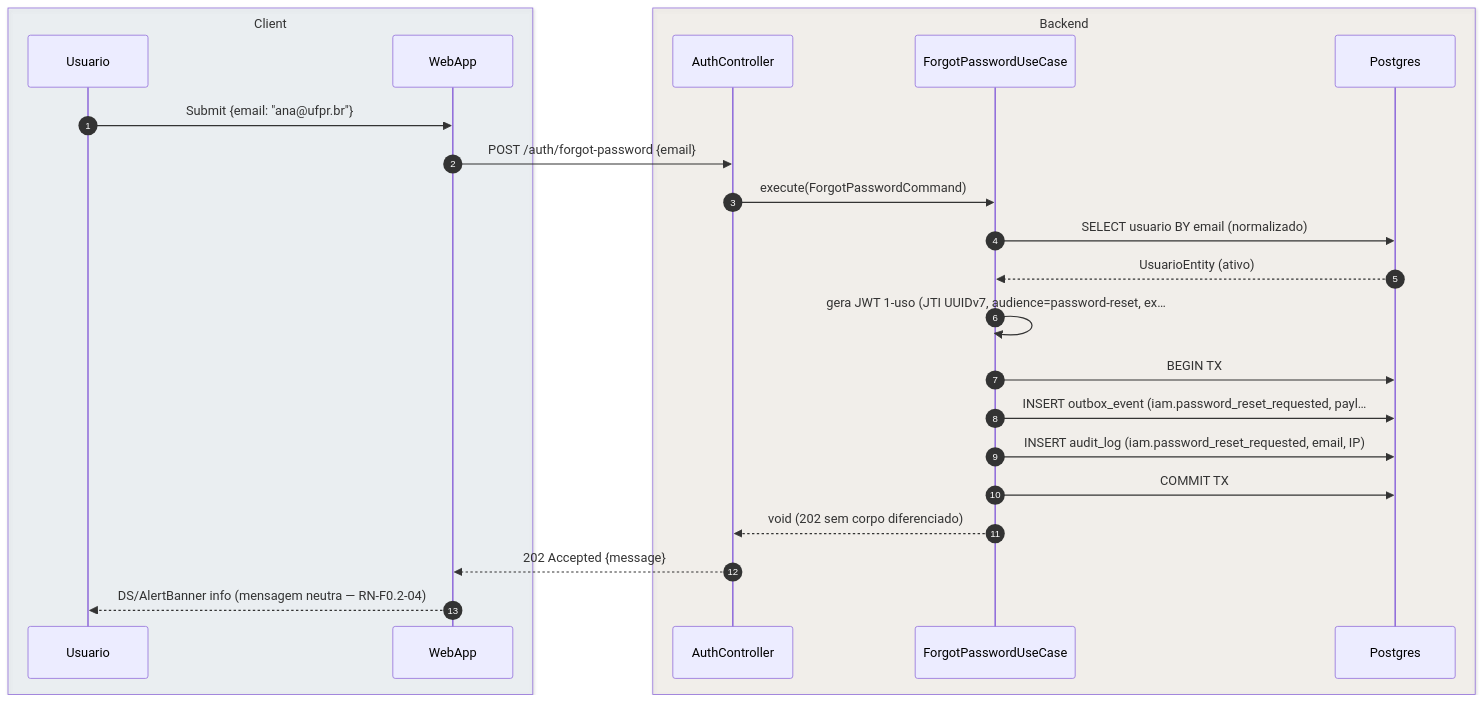
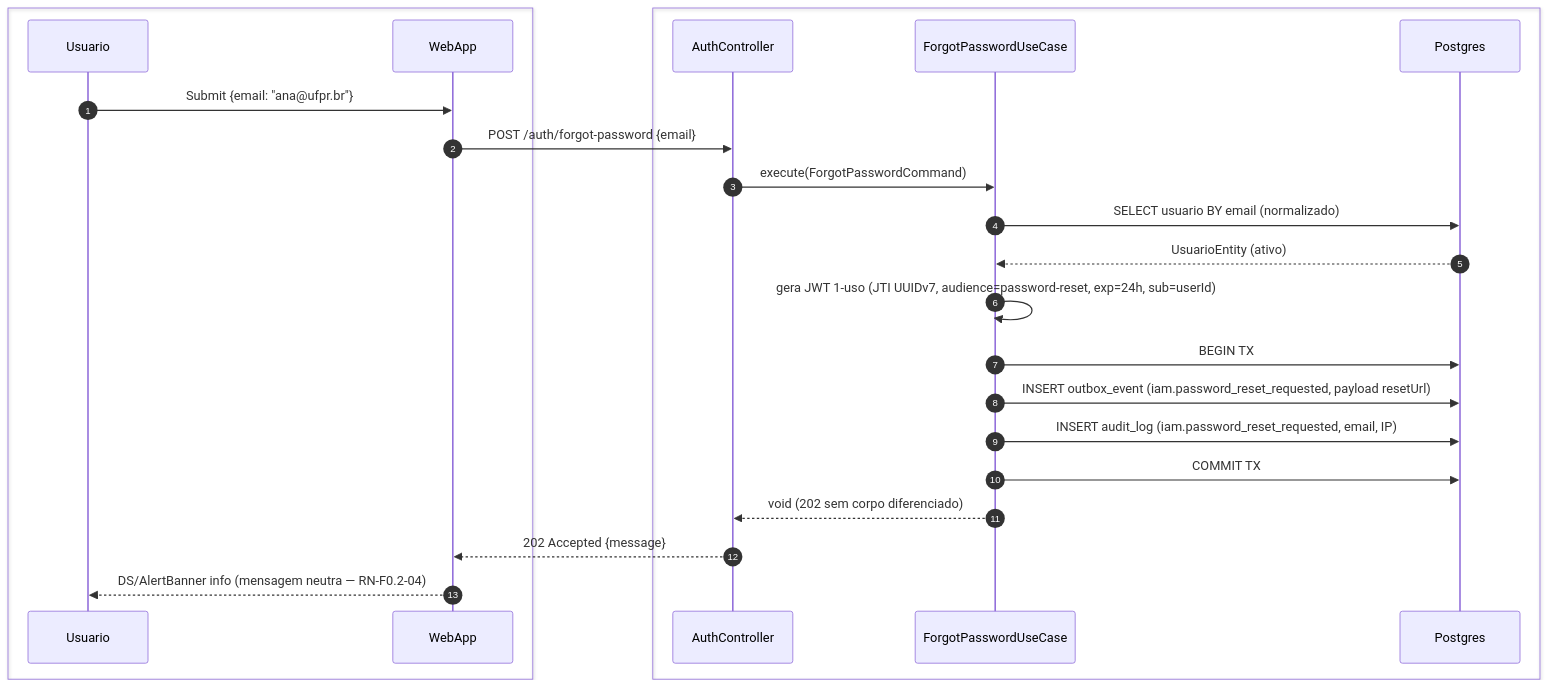
One commit to umishell/secretariaOnline2 changed the first of 3 diagrams in foundationDocs/sequenceDiagrams/F0 — Público/US-F0-002-RECUPERAR-SENHA.md. Above: the diagram before and after it, drawn with Mermaid. The commit also changed other lines of this file and 70 other files, not shown here.

First line of the commit message:
Enhance database documentation and introduce new schema files

````diff
--- a/foundationDocs/sequenceDiagrams/F0 — Público/US-F0-002-RECUPERAR-SENHA.md
+++ b/foundationDocs/sequenceDiagrams/F0 — Público/US-F0-002-RECUPERAR-SENHA.md
@@ -56,27 +56,27 @@
 ```mermaid
 sequenceDiagram
     autonumber
-    box rgba(230,245,255,0.3) Client
+    box #e8f4fc Cliente
         participant Usuario
         participant WebApp
     end
-    box rgba(255,245,230,0.3) Backend
+    box #fff8ee Servidor
         participant AC as AuthController
         participant UC as ForgotPasswordUseCase
         participant DB as Postgres
     end
 
     Usuario->>WebApp: Submit {email: "ana@ufpr.br"}
     WebApp->>AC: POST /auth/forgot-password {email}
     AC->>UC: execute(ForgotPasswordCommand)
     UC->>DB: SELECT usuario BY email (normalizado)
     DB-->>UC: UsuarioEntity (ativo)
-    UC->>UC: gera JWT 1-uso (JTI UUIDv7, audience=password-reset, ex…
+    UC->>UC: gera JWT 1-uso (JTI UUIDv7, audience=password-reset, exp=24h, sub=userId)
     UC->>DB: BEGIN TX
-    UC->>DB: INSERT outbox_event (iam.password_reset_requested, payl…
+    UC->>DB: INSERT outbox_event (iam.password_reset_requested, payload resetUrl)
     UC->>DB: INSERT audit_log (iam.password_reset_requested, email, IP)
     UC->>DB: COMMIT TX
     UC-->>AC: void (202 sem corpo diferenciado)
     AC-->>WebApp: 202 Accepted {message}
     WebApp-->>Usuario: DS/AlertBanner info (mensagem neutra — RN-F0.2-04)
 ```
````
